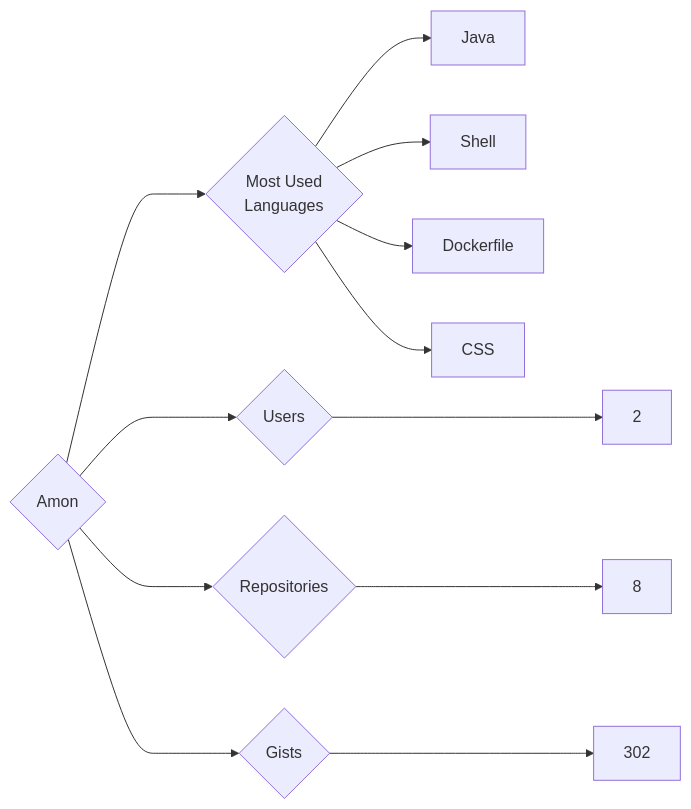
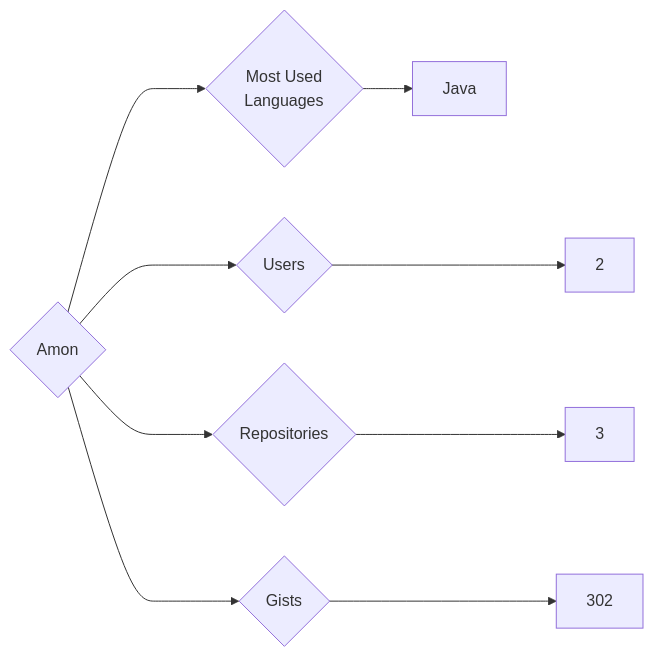
Before and after one commit to trickest/insiders: the diagram in targets/Amon/README.md, drawn with Mermaid. The commit also changed 1166 other files, not shown here.

````diff
--- a/targets/Amon/README.md
+++ b/targets/Amon/README.md
@@ -3,12 +3,9 @@
 ```mermaid
 graph LR
 COMPANY_NAME{Amon}
 COMPANY_NAME ---> U{Users} ---> UN[2]
-COMPANY_NAME ---> R{Repositories} ---> RN[8]
+COMPANY_NAME ---> R{Repositories} ---> RN[3]
 COMPANY_NAME ---> G{Gists} ---> GN[302]
 COMPANY_NAME ---> ML{Most Used<br>Languages}
 ML --> Java[Java]
-ML --> Shell[Shell]
-ML --> Dockerfile[Dockerfile]
-ML --> CSS[CSS]
 ```
````
